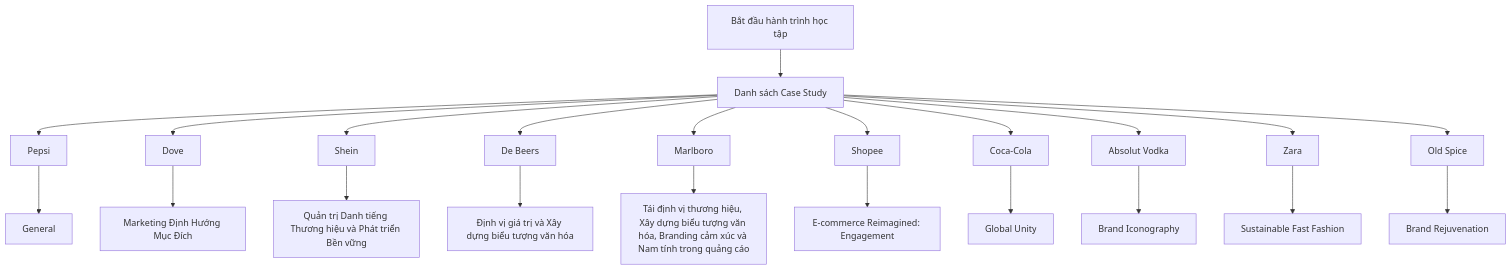
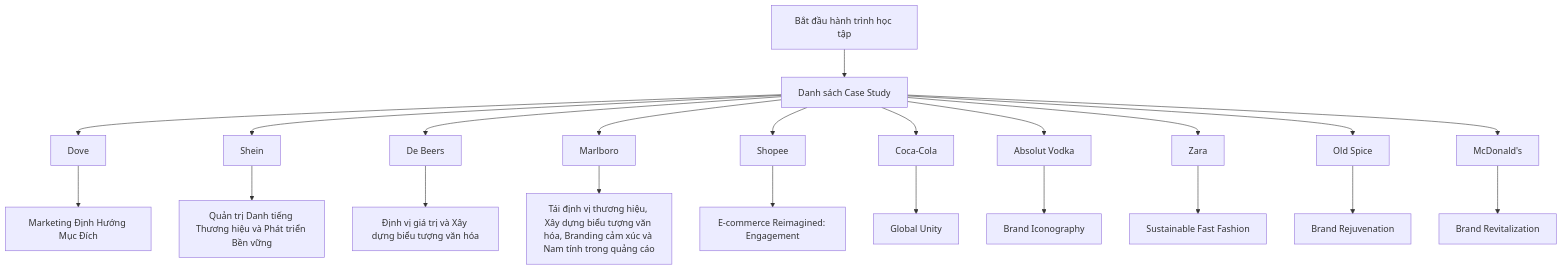
Before and after one commit to quy2003/daily-marketing-cases: the diagram in README.md, drawn with Mermaid. The commit also changed other lines of this file and 3 other files, not shown here.

````diff
--- a/README.md
+++ b/README.md
@@ -25,24 +25,24 @@
 ```mermaid
 graph TD
     Start[Bắt đầu hành trình học tập] --> DailyCases[Danh sách Case Study]
-    DailyCases --> Pepsi["Pepsi"]
-    Pepsi --> General["General"]
     DailyCases --> Dove["Dove"]
     Dove --> MarketingnhHngMcch["Marketing Định Hướng Mục Đích"]
     DailyCases --> Shein["Shein"]
     Shein --> QuntrDanhtingThnghiuvPhttrinBnvng["Quản trị Danh tiếng Thương hiệu và Phát triển Bền vững"]
     DailyCases --> DeBeers["De Beers"]
     DeBeers --> nhvgitrvXydngbiutngvnha["Định vị giá trị và Xây dựng biểu tượng văn hóa"]
     DailyCases --> Marlboro["Marlboro"]
     Marlboro --> TinhvthnghiuXydngbiutngvnhaBrandingcmxcvNamtnhtrongqungco["Tái định vị thương hiệu, Xây dựng biểu tượng văn hóa, Branding cảm xúc và Nam tính trong quảng cáo"]
     DailyCases --> Shopee["Shopee"]
     Shopee --> EcommerceReimaginedEngagement["E-commerce Reimagined: Engagement"]
     DailyCases --> CocaCola["Coca-Cola"]
     CocaCola --> GlobalUnity["Global Unity"]
     DailyCases --> AbsolutVodka["Absolut Vodka"]
     AbsolutVodka --> BrandIconography["Brand Iconography"]
     DailyCases --> Zara["Zara"]
     Zara --> SustainableFastFashion["Sustainable Fast Fashion"]
     DailyCases --> OldSpice["Old Spice"]
     OldSpice --> BrandRejuvenation["Brand Rejuvenation"]
+    DailyCases --> McDonalds["McDonald's"]
+    McDonalds --> BrandRevitalization["Brand Revitalization"]
 ```
````
